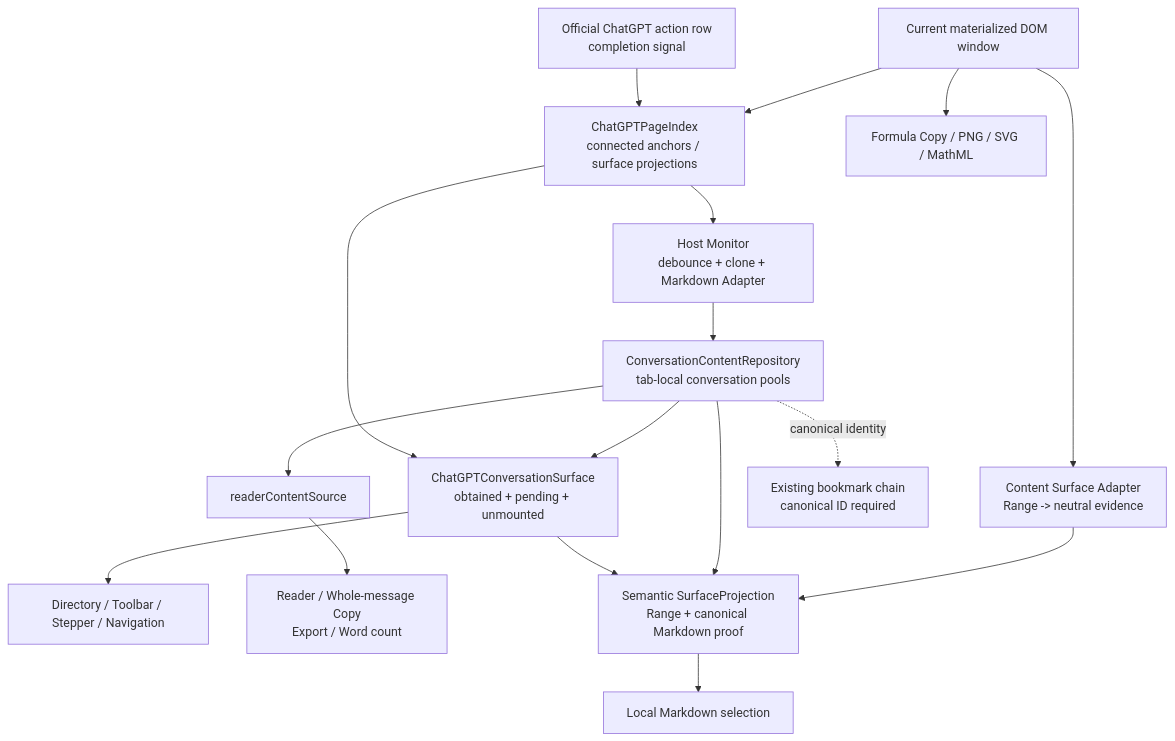
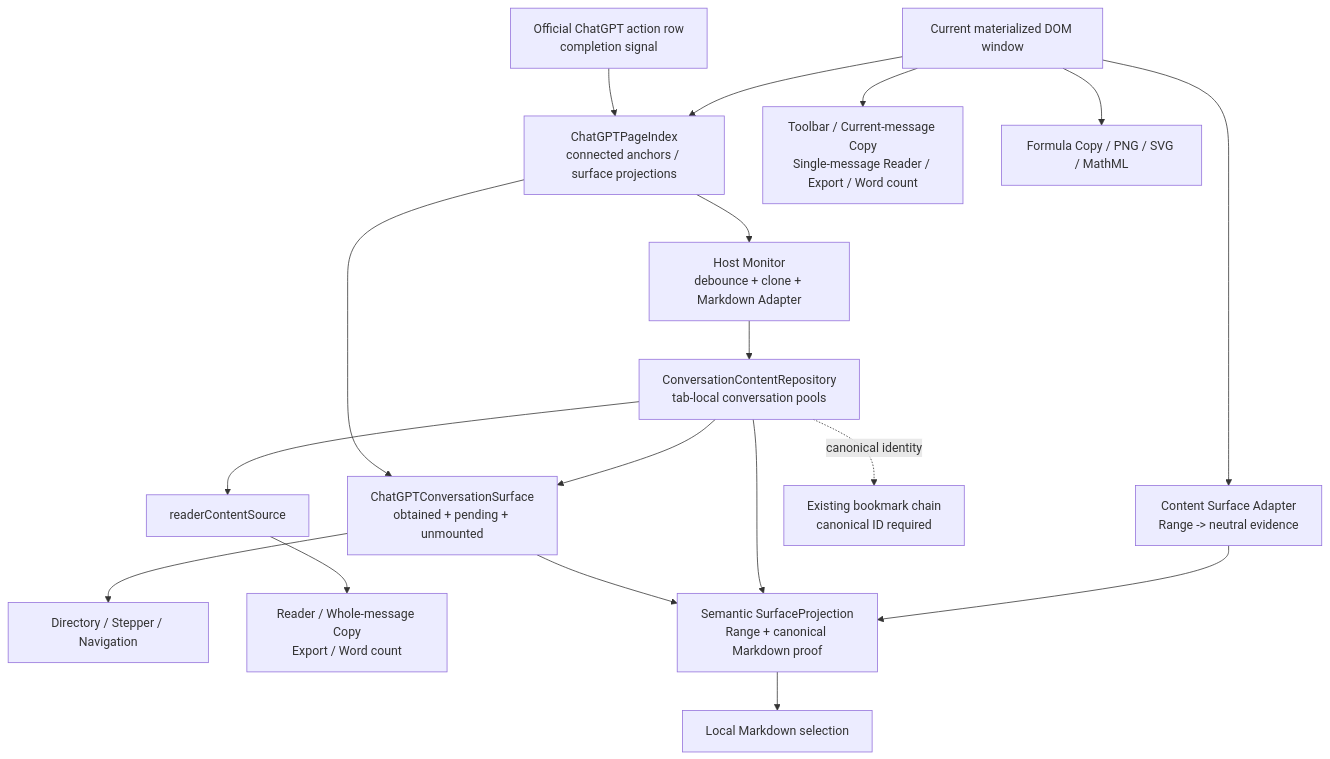
The diagram in docs/architecture/CURRENT_STATE.md (zhaoliangbin42/AI-MarkDone), drawn with Mermaid before and after one commit. The commit also changed other lines of this file and 46 other files, not shown here.

````diff
--- a/docs/architecture/CURRENT_STATE.md
+++ b/docs/architecture/CURRENT_STATE.md
@@ -205,33 +212,35 @@
 ```mermaid
 flowchart TD
     Action["Official ChatGPT action row<br/>completion signal"]
     HostMonitor["Host Monitor<br/>debounce + clone + Markdown Adapter"]
     Repository["ConversationContentRepository<br/>tab-local conversation pools"]
     DOM["Current materialized DOM window"]
     PageIndex["ChatGPTPageIndex<br/>connected anchors / surface projections"]
     ConversationSurface["ChatGPTConversationSurface<br/>obtained + pending + unmounted"]
-    SurfaceConsumers["Directory / Toolbar / Stepper / Navigation"]
+    SurfaceConsumers["Directory / Stepper / Navigation"]
+    LocalActions["Toolbar / Current-message Copy<br/>Single-message Reader / Export / Word count"]
     ReaderSource["readerContentSource"]
     BodyConsumers["Reader / Whole-message Copy<br/>Export / Word count"]
     FormulaConsumers["Formula Copy / PNG / SVG / MathML"]
     SurfaceAdapter["Content Surface Adapter<br/>Range -> neutral evidence"]
     SurfaceProjection["Semantic SurfaceProjection<br/>Range + canonical Markdown proof"]
     SelectionConsumers["Local Markdown selection"]
     Bookmark["Existing bookmark chain<br/>canonical ID required"]
 
     DOM --> PageIndex
+    DOM --> LocalActions
     Action --> PageIndex
     PageIndex --> HostMonitor
     HostMonitor --> Repository
     Repository --> ConversationSurface
     PageIndex --> ConversationSurface
     ConversationSurface --> SurfaceConsumers
     Repository --> ReaderSource --> BodyConsumers
     DOM --> FormulaConsumers
     DOM --> SurfaceAdapter
     SurfaceAdapter --> SurfaceProjection
     Repository --> SurfaceProjection
     ConversationSurface --> SurfaceProjection
     SurfaceProjection --> SelectionConsumers
     Repository -. "canonical identity" .-> Bookmark
 ```
````
